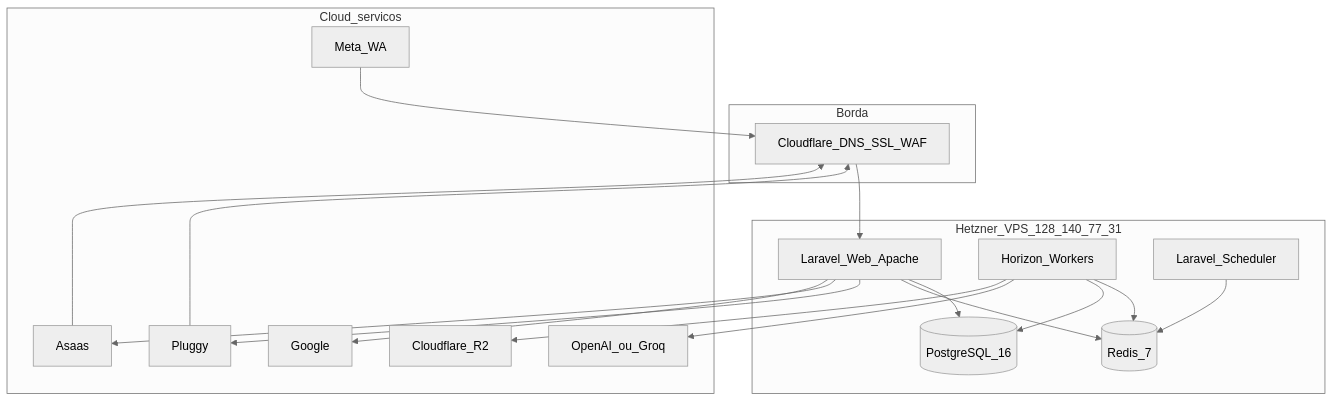
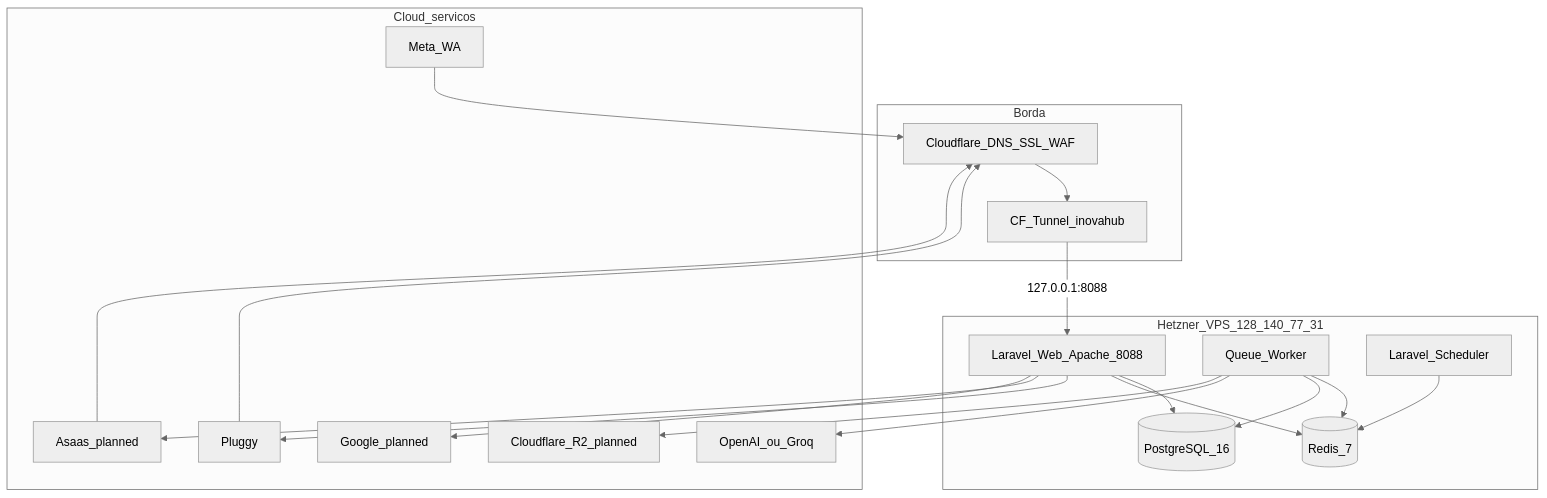
Before and after one commit to Kadu207/inova-hub: the third of 8 diagrams in docs/20-system-design.md, drawn with Mermaid (neutral theme). The commit also changed other lines of this file and 18 other files, not shown here.

````diff
--- a/docs/20-system-design.md
+++ b/docs/20-system-design.md
@@ -73,36 +109,38 @@
 ```mermaid
 flowchart TB
   subgraph edge [Borda]
     CF[Cloudflare_DNS_SSL_WAF]
+    Tunnel[CF_Tunnel_inovahub]
   end
   subgraph vps [Hetzner_VPS_128_140_77_31]
-    Web[Laravel_Web_Apache]
-    Worker[Horizon_Workers]
+    Web[Laravel_Web_Apache_8088]
+    Worker[Queue_Worker]
     Scheduler[Laravel_Scheduler]
     PG[(PostgreSQL_16)]
     Redis[(Redis_7)]
   end
   subgraph cloud [Cloud_servicos]
-    R2[Cloudflare_R2]
+    R2[Cloudflare_R2_planned]
     Meta2[Meta_WA]
     Pluggy2[Pluggy]
-    Asaas2[Asaas]
-    GCal[Google]
+    Asaas2[Asaas_planned]
+    GCal[Google_planned]
     AI[OpenAI_ou_Groq]
   end
 
-  CF --> Web
+  CF --> Tunnel
+  Tunnel -->|"127.0.0.1:8088"| Web
   Meta2 --> CF
   Pluggy2 --> CF
   Asaas2 --> CF
   Web --> PG
   Web --> Redis
   Worker --> Redis
   Worker --> PG
   Scheduler --> Redis
   Worker --> AI
   Web --> Pluggy2
   Web --> Asaas2
   Web --> GCal
   Worker --> R2
 ```
````
